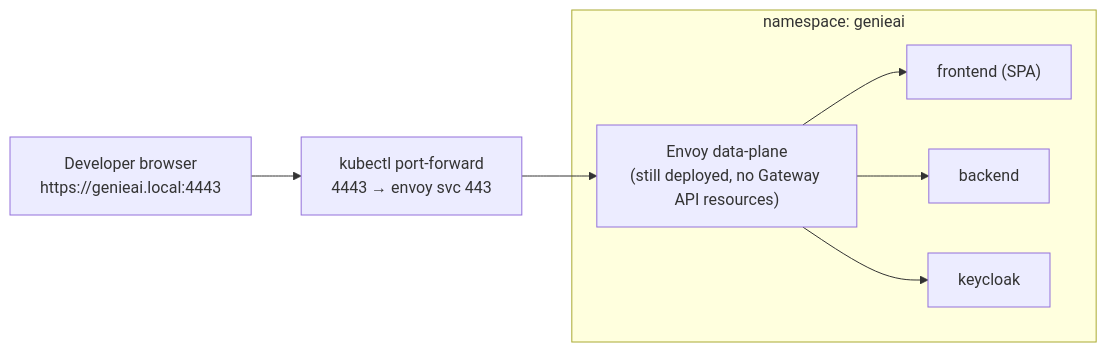
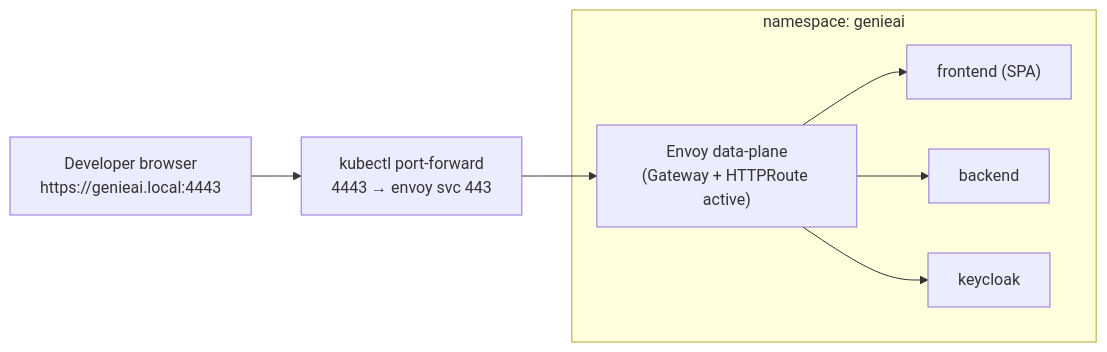
One commit to jrevillard/genie-ai-replica changed the first of 3 diagrams in site/content/en/docs/deploy/kubernetes.md. Above: the diagram before and after it, drawn with Mermaid. The commit also changed other lines of this file and 6 other files, not shown here.

````diff
--- a/site/content/en/docs/deploy/kubernetes.md
+++ b/site/content/en/docs/deploy/kubernetes.md
@@ -215,12 +219,12 @@
 ```mermaid
 flowchart LR
     dev["Developer browser<br/>https://genieai.local:4443"]
     pf["kubectl port-forward<br/>4443 → envoy svc 443"]
-    edge["Envoy data-plane<br/>(still deployed, no Gateway API resources)"]
+    edge["Envoy data-plane<br/>(Gateway + HTTPRoute active)"]
     subgraph cluster ["namespace: genieai"]
         edge --> spa["frontend (SPA)"]
         edge --> api["backend"]
         edge --> kc["keycloak"]
     end
     dev --> pf --> edge
 ```
````
